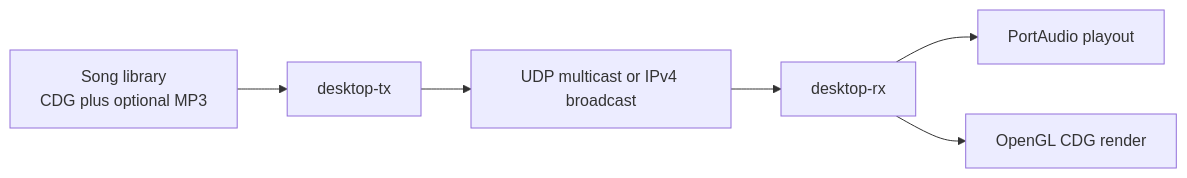
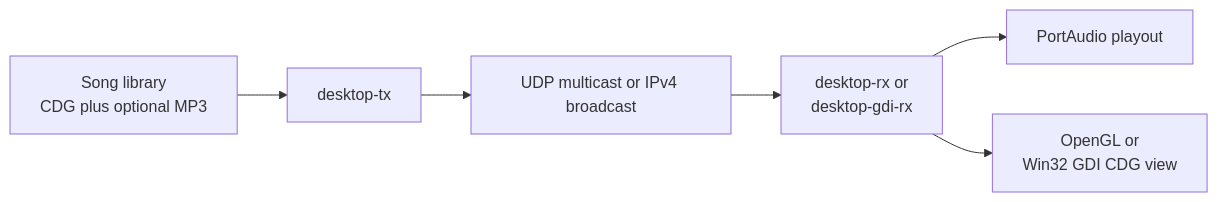
Before and after one commit to andrew867/dashcdg: the first of 2 diagrams in docs/architecture/desktop-streaming.md, drawn with Mermaid. The commit also changed other lines of this file and 5 other files, not shown here.

````diff
--- a/docs/architecture/desktop-streaming.md
+++ b/docs/architecture/desktop-streaming.md
@@ -9,8 +9,8 @@
 ```mermaid
 flowchart LR
     lib[Song library<br/>CDG plus optional MP3] --> tx[desktop-tx]
     tx --> net[UDP multicast or IPv4 broadcast]
-    net --> rx[desktop-rx]
+    net --> rx[desktop-rx or<br/>desktop-gdi-rx]
     rx --> aud[PortAudio playout]
-    rx --> vid[OpenGL CDG render]
+    rx --> vid[OpenGL or<br/>Win32 GDI CDG view]
 ```
````
